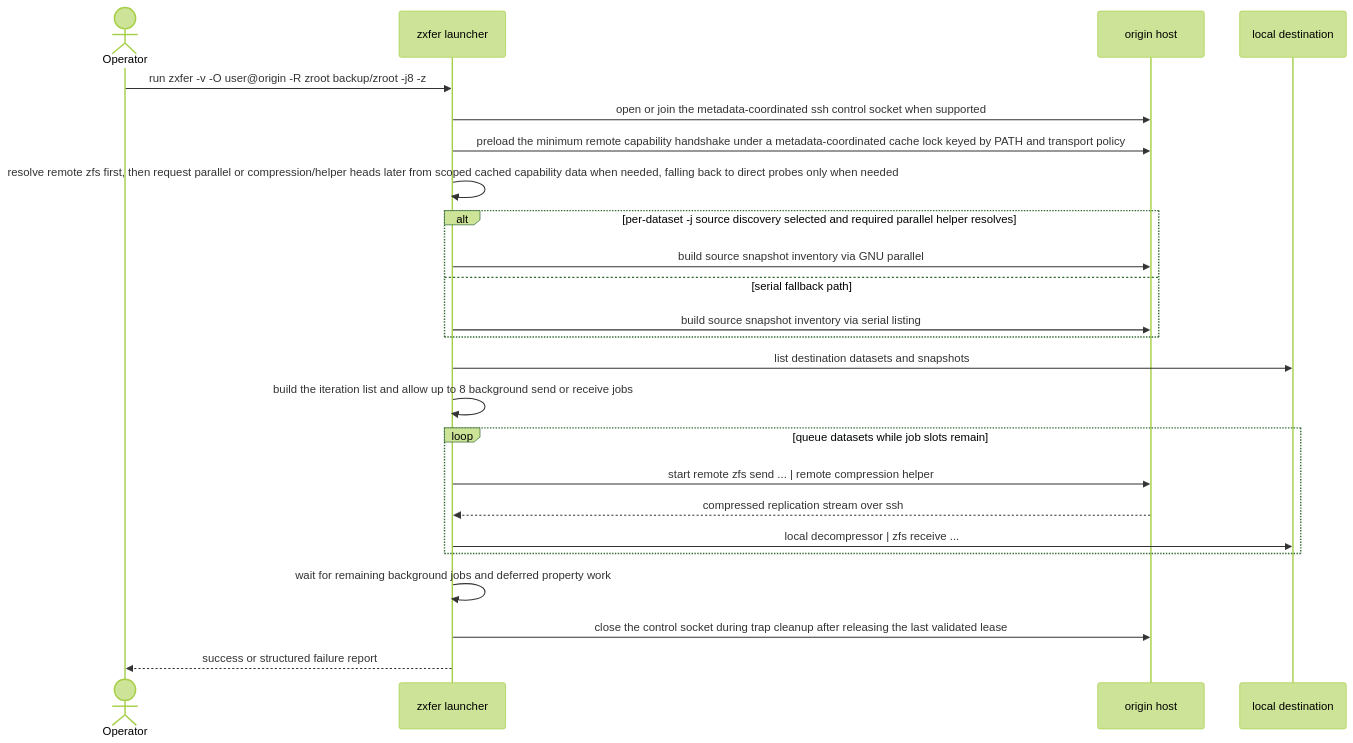
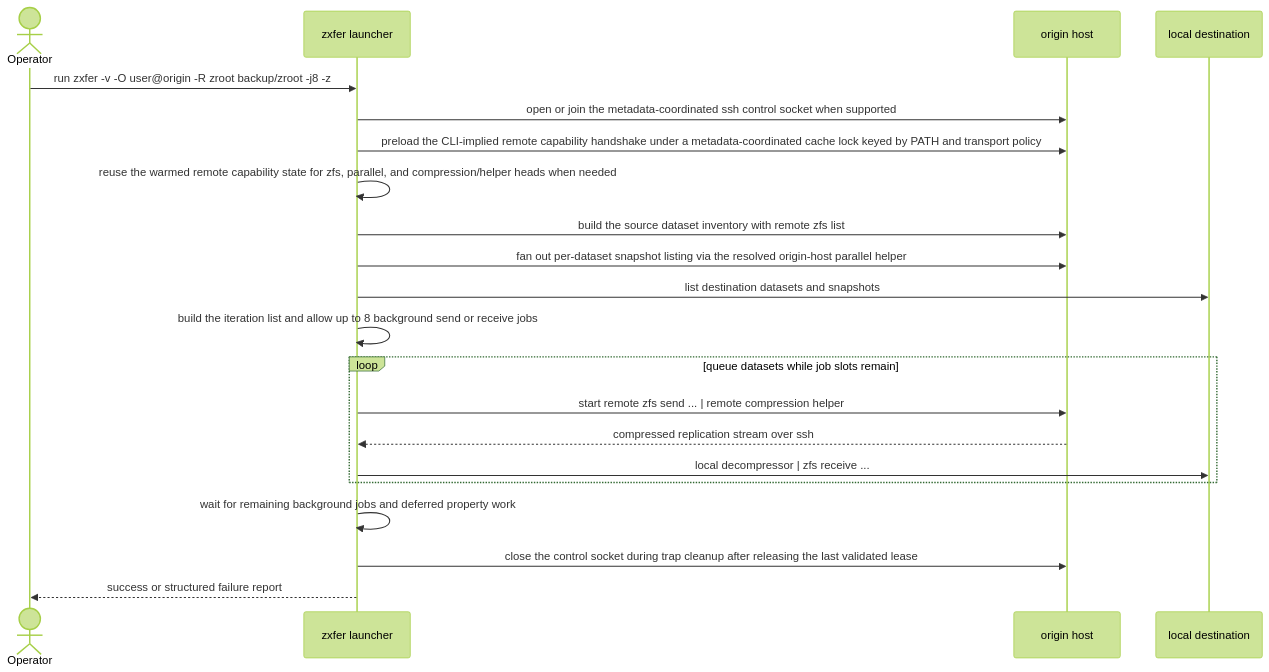
Before and after one commit to totalAldo/zxfer: the fourth of 6 diagrams in docs/architecture.md, drawn with Mermaid (forest theme). The commit also changed 26 other files, not shown here.

````diff
--- a/docs/architecture.md
+++ b/docs/architecture.md
@@ -269,27 +269,24 @@
 ```mermaid
 sequenceDiagram
     actor Operator
     participant Launcher as zxfer launcher
     participant Origin as origin host
     participant Local as local destination
 
     Operator->>Launcher: run zxfer -v -O user@origin -R zroot backup/zroot -j8 -z
     Launcher->>Origin: open or join the metadata-coordinated ssh control socket when supported
-    Launcher->>Origin: preload the minimum remote capability handshake under a metadata-coordinated cache lock keyed by PATH and transport policy
-    Launcher->>Launcher: resolve remote zfs first, then request parallel or compression/helper heads later from scoped cached capability data when needed, falling back to direct probes only when needed
-    alt per-dataset -j source discovery selected and required parallel helper resolves
-        Launcher->>Origin: build source snapshot inventory via GNU parallel
-    else serial fallback path
-        Launcher->>Origin: build source snapshot inventory via serial listing
-    end
+    Launcher->>Origin: preload the CLI-implied remote capability handshake under a metadata-coordinated cache lock keyed by PATH and transport policy
+    Launcher->>Launcher: reuse the warmed remote capability state for zfs, parallel, and compression/helper heads when needed
+    Launcher->>Origin: build the source dataset inventory with remote zfs list
+    Launcher->>Origin: fan out per-dataset snapshot listing via the resolved origin-host parallel helper
     Launcher->>Local: list destination datasets and snapshots
     Launcher->>Launcher: build the iteration list and allow up to 8 background send or receive jobs
     loop queue datasets while job slots remain
         Launcher->>Origin: start remote zfs send ... | remote compression helper
         Origin-->>Launcher: compressed replication stream over ssh
         Launcher->>Local: local decompressor | zfs receive ...
     end
     Launcher->>Launcher: wait for remaining background jobs and deferred property work
     Launcher->>Origin: close the control socket during trap cleanup after releasing the last validated lease
     Launcher-->>Operator: success or structured failure report
 ```
````
